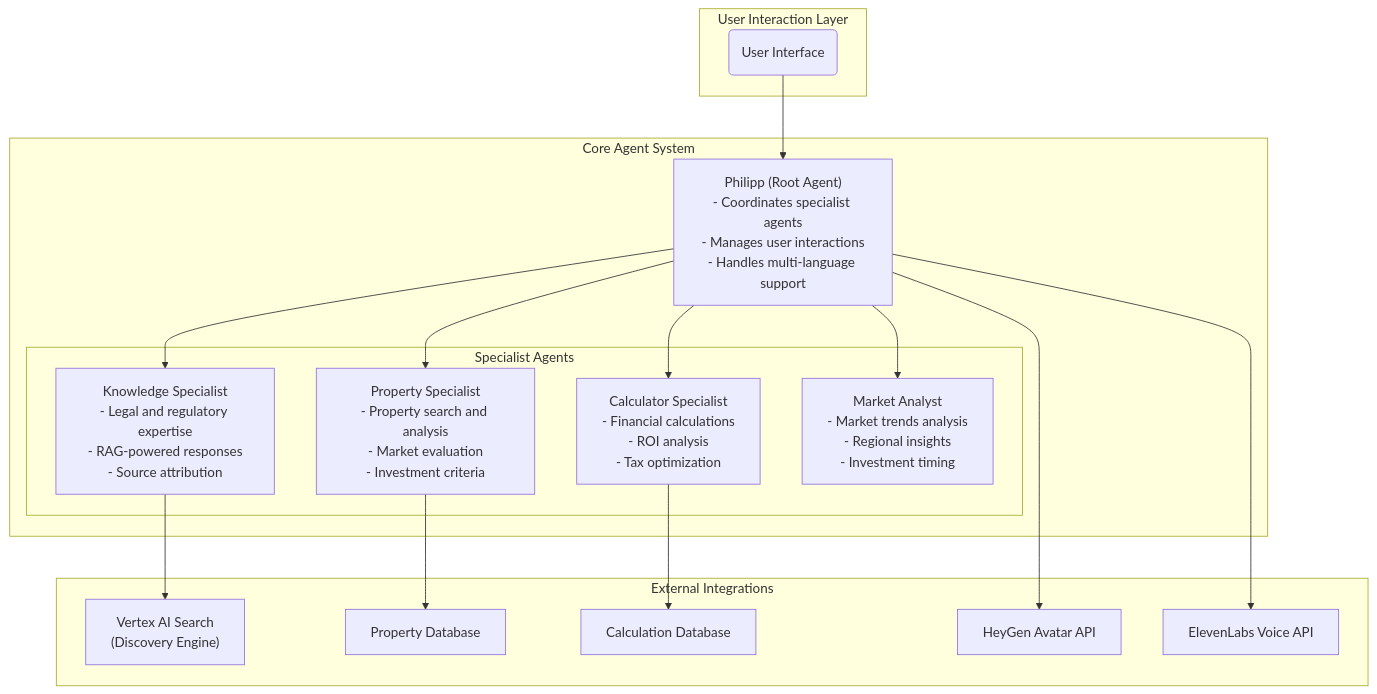
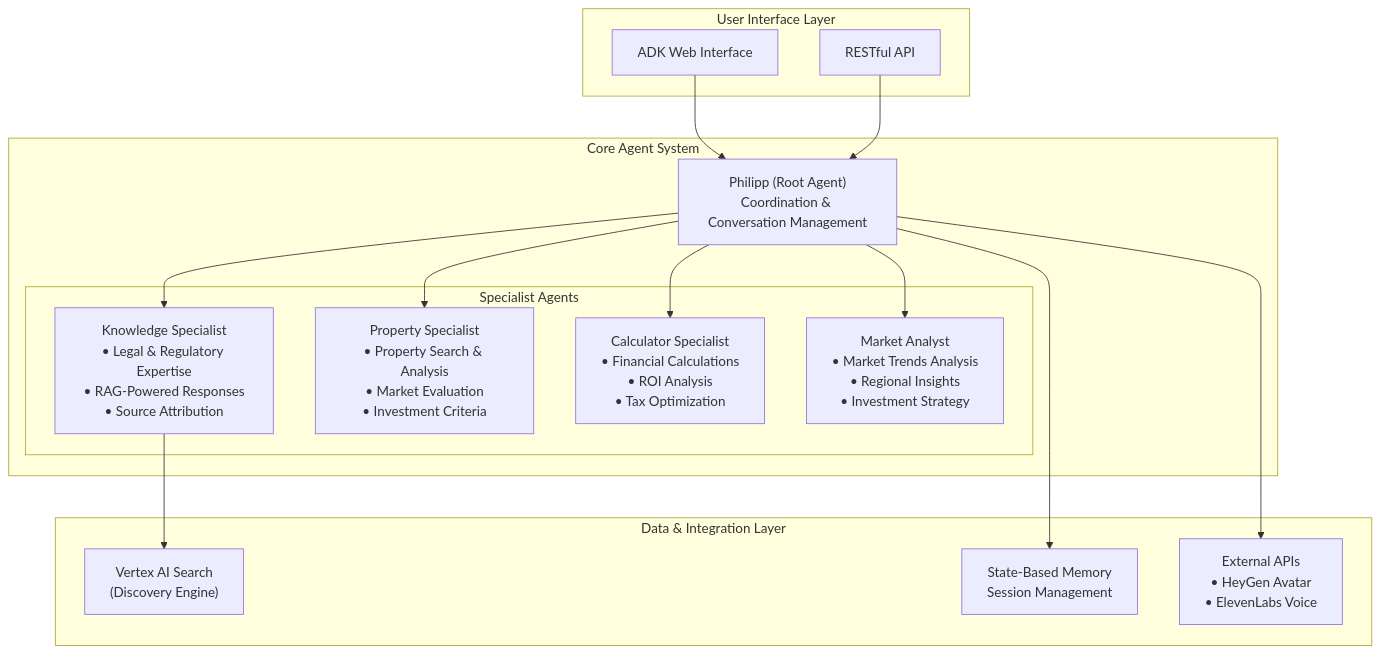
One commit to Qlefia/immoassist-agent changed the diagram in README.md. Above: the diagram before and after it, drawn with Mermaid. The commit also changed other lines of this file and 35 other files, not shown here.

````diff
--- a/README.md
+++ b/README.md
@@ -14,36 +13,34 @@
 ```mermaid
 graph TD
-    subgraph "User Interaction Layer"
-        User(User Interface)
+    subgraph "User Interface Layer"
+        UI[ADK Web Interface]
+        API[RESTful API]
     end
 
     subgraph "Core Agent System"
-        Root["Philipp (Root Agent)\n- Coordinates specialist agents\n- Manages user interactions\n- Handles multi-language support"]
+        Root["Philipp (Root Agent)<br/>Coordination & Conversation Management"]
 
         subgraph "Specialist Agents"
-            Knowledge["Knowledge Specialist\n- Legal and regulatory expertise\n- RAG-powered responses\n- Source attribution"]
-            Property["Property Specialist\n- Property search and analysis\n- Market evaluation\n- Investment criteria"]
-            Calculator["Calculator Specialist\n- Financial calculations\n- ROI analysis\n- Tax optimization"]
-            Market["Market Analyst\n- Market trends analysis\n- Regional insights\n- Investment timing"]
+            Knowledge["Knowledge Specialist<br/>• Legal & Regulatory Expertise<br/>• RAG-Powered Responses<br/>• Source Attribution"]
+            Property["Property Specialist<br/>• Property Search & Analysis<br/>• Market Evaluation<br/>• Investment Criteria"]
+            Calculator["Calculator Specialist<br/>• Financial Calculations<br/>• ROI Analysis<br/>• Tax Optimization"]
+            Market["Market Analyst<br/>• Market Trends Analysis<br/>• Regional Insights<br/>• Investment Strategy"]
         end
     end
 
-    subgraph "External Integrations"
-        VertexSearch["Vertex AI Search\n(Discovery Engine)"]
-        HeyGen["HeyGen Avatar API"]
-        ElevenLabs["ElevenLabs Voice API"]
-        PropertyDB["Property Database"]
-        CalcDB["Calculation Database"]
+    subgraph "Data & Integration Layer"
+        Search["Vertex AI Search<br/>(Discovery Engine)"]
+        Memory["State-Based Memory<br/>Session Management"]
+        Integration["External APIs<br/>• HeyGen Avatar<br/>• ElevenLabs Voice"]
     end
 
-    User --> Root
+    UI --> Root
+    API --> Root
     Root --> Knowledge
     Root --> Property
     Root --> Calculator
     Root --> Market
-    Knowledge --> VertexSearch
-    Root --> HeyGen
-    Root --> ElevenLabs
-    Property --> PropertyDB
-    Calculator --> CalcDB
+    Knowledge --> Search
+    Root --> Memory
+    Root --> Integration
 ```
````
